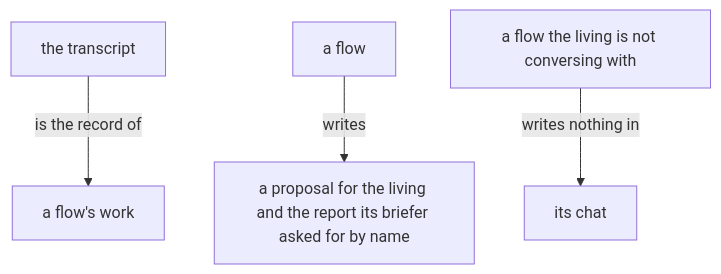
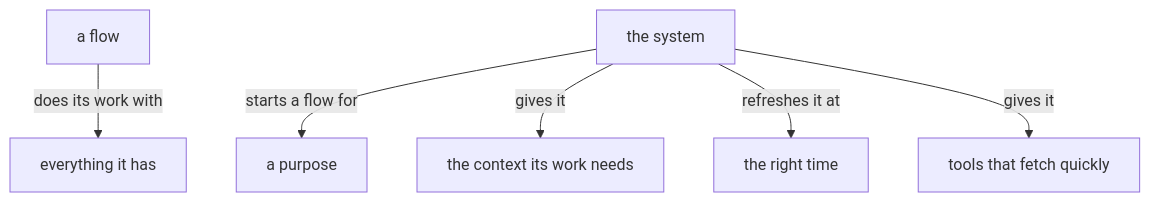
The diagram in intent/energy/0.md (LiGoldragon/psyche-belief), drawn with Mermaid before and after one commit. The commit also changed other lines of this file, not shown here.

````diff
--- a/intent/energy/0.md
+++ b/intent/energy/0.md
@@ -20,6 +12,8 @@
 ```mermaid
 flowchart TB
-    t["the transcript"] -- "is the record of" --> w["a flow's work"]
-    a2["a flow"] -- "writes" --> p["a proposal for the living and the report its briefer asked for by name"]
-    a3["a flow the living is not conversing with"] -- "writes nothing in" --> c2["its chat"]
+    f["a flow"] -- "does its work with" --> e["everything it has"]
+    s["the system"] -- "starts a flow for" --> p["a purpose"]
+    s -- "gives it" --> c["the context its work needs"]
+    s -- "refreshes it at" --> r["the right time"]
+    s -- "gives it" --> o["tools that fetch quickly"]
 ```
````
